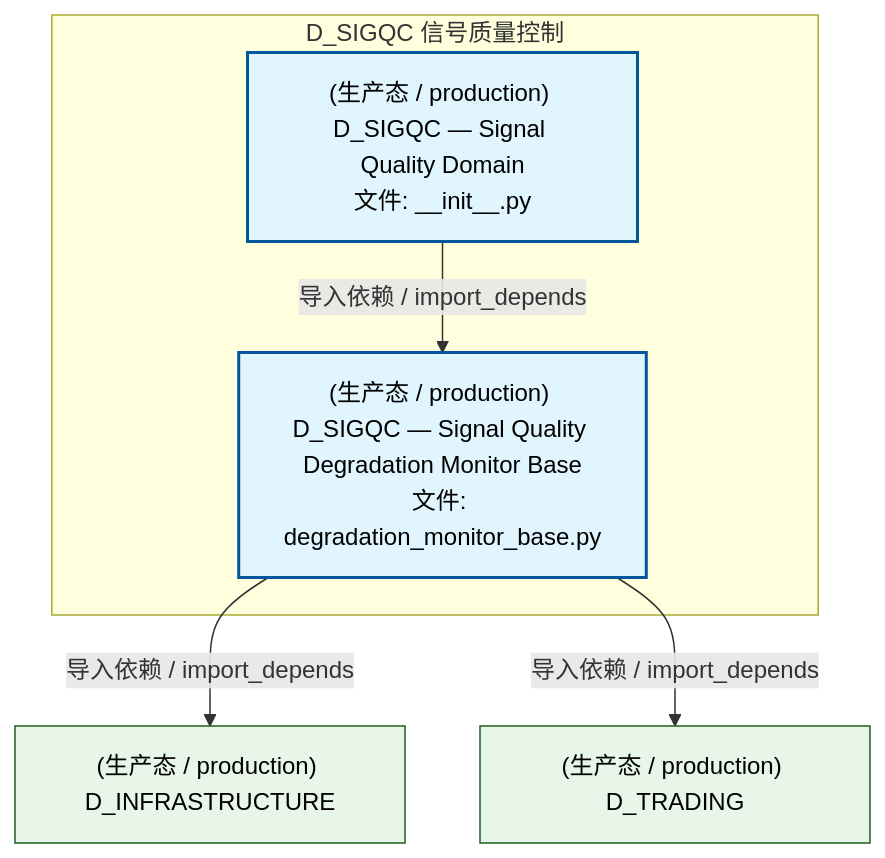
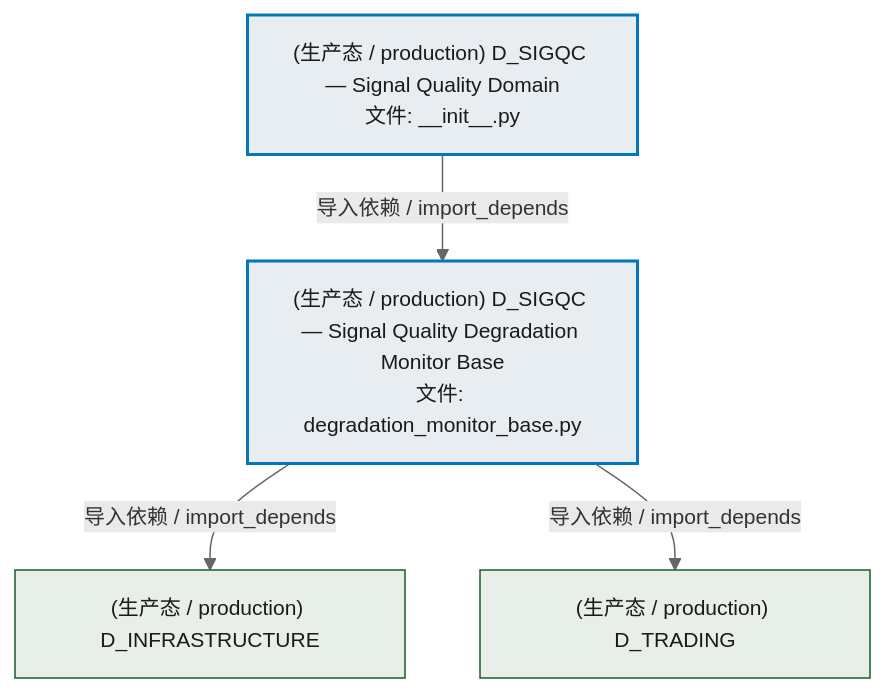
The second of 3 diagrams in docs/02_enterprise_architecture/02_domain_architecture_docs/69_d_sigqc.md (xuanFelixVan/ZephyrAlpha), drawn with Mermaid before and after one commit. The commit also changed other lines of this file and 76 other files, not shown here.

````diff
--- a/docs/02_enterprise_architecture/02_domain_architecture_docs/69_d_sigqc.md
+++ b/docs/02_enterprise_architecture/02_domain_architecture_docs/69_d_sigqc.md
@@ -85,18 +84,17 @@
 ```mermaid
-graph TD
-    subgraph D_SIGQC["D_SIGQC 信号质量控制"]
-        src_zephyr_signal_quality_init_py["(生产态 / production) D_SIGQC — Signal Quality Domain<br/>文件: __init__.py"]
-        src_zephyr_signal_quality_degradation_monitor_base_py["(生产态 / production) D_SIGQC — Signal Quality Degradation Monitor Base<br/>文件: degradation_monitor_base.py"]
-    end
+%%{init: {'theme': 'base', 'themeVariables': {'primaryColor': '#eaeaea', 'primaryTextColor': '#333333', 'primaryBorderColor': '#666666', 'lineColor': '#666666', 'secondaryColor': '#eaeaea', 'tertiaryColor': '#eaeaea', 'fontSize': '14px'}}}%%
+flowchart TD
+    src_zephyr_signal_quality_init_py["(生产态 / production) D_SIGQC — Signal Quality Domain<br/>文件: __init__.py"]
+    src_zephyr_signal_quality_degradation_monitor_base_py["(生产态 / production) D_SIGQC — Signal Quality Degradation Monitor Base<br/>文件: degradation_monitor_base.py"]
     src_zephyr_signal_quality_init_py -->|导入依赖 / import_depends| src_zephyr_signal_quality_degradation_monitor_base_py
     D_INFRASTRUCTURE["(生产态 / production) D_INFRASTRUCTURE"]
     src_zephyr_signal_quality_degradation_monitor_base_py -->|导入依赖 / import_depends| D_INFRASTRUCTURE
     D_TRADING["(生产态 / production) D_TRADING"]
     src_zephyr_signal_quality_degradation_monitor_base_py -->|导入依赖 / import_depends| D_TRADING
-    classDef production fill:#e1f5fe,stroke:#01579b,stroke-width:2px,color:#000
-    classDef design fill:#fff3e0,stroke:#e65100,stroke-width:2px,color:#000,stroke-dasharray: 5 5
-    classDef external_prod fill:#e8f5e9,stroke:#1b5e20,stroke-width:1px,color:#000
-    classDef external_design fill:#fce4ec,stroke:#880e4f,stroke-width:1px,color:#000,stroke-dasharray: 5 5
+    classDef production fill:#e8edf2,stroke:#0277bd,stroke-width:2px,color:#1a1a1a
+    classDef design fill:#f0ebe3,stroke:#bf360c,stroke-width:2px,color:#1a1a1a,stroke-dasharray: 5 5
+    classDef external_prod fill:#e8efe9,stroke:#1b5e20,stroke-width:1px,color:#1a1a1a
+    classDef external_design fill:#efe5ea,stroke:#880e4f,stroke-width:1px,color:#1a1a1a,stroke-dasharray: 5 5
     class src_zephyr_signal_quality_init_py,src_zephyr_signal_quality_degradation_monitor_base_py production
     class D_INFRASTRUCTURE,D_TRADING external_prod
 ```
````
